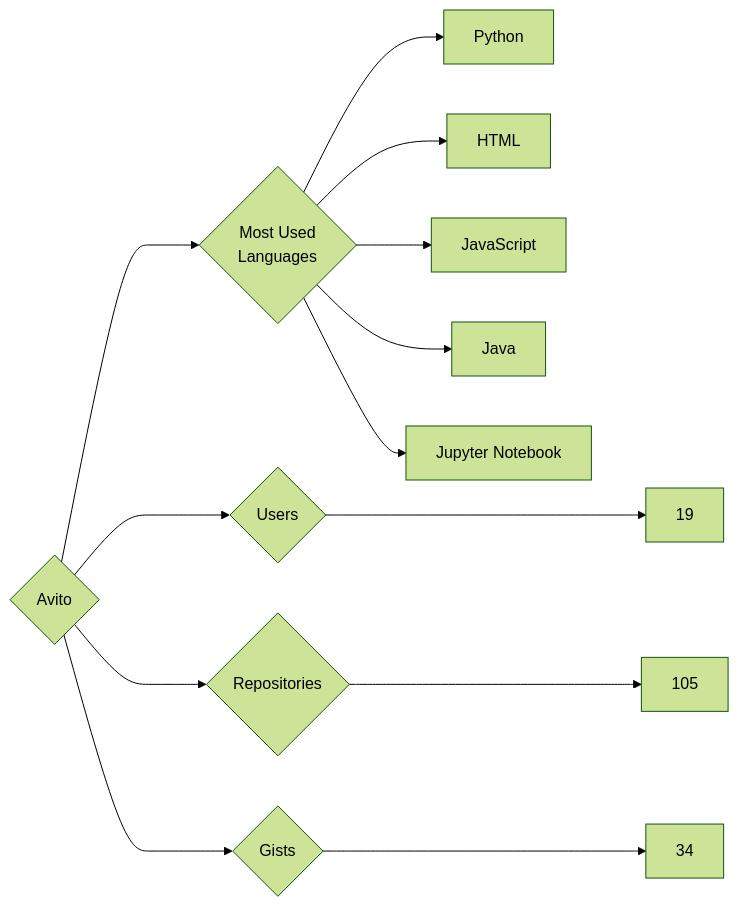
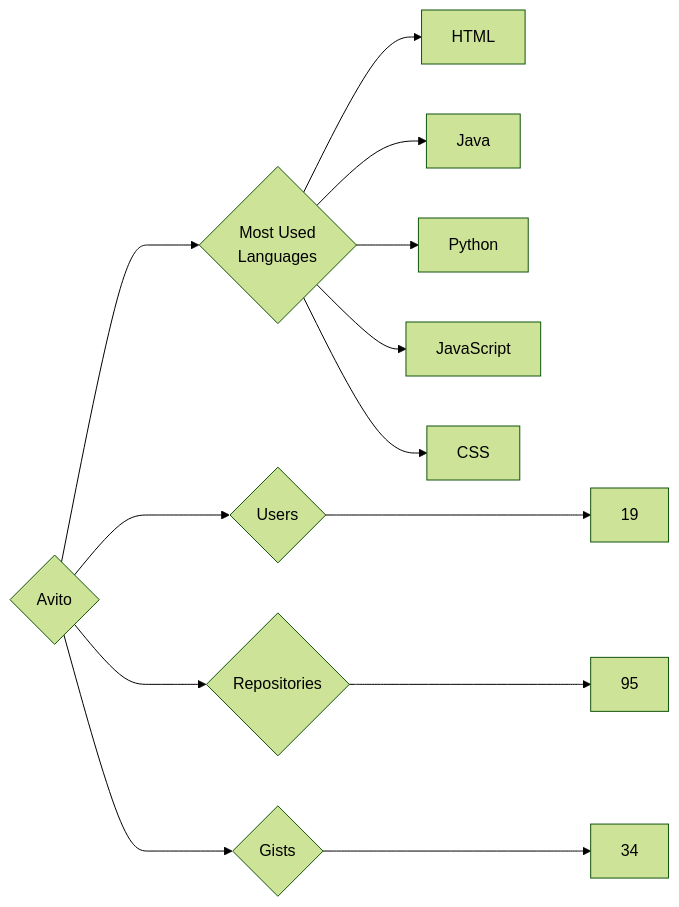
One commit to trickest/insiders changed the diagram in targets/Avito/README.md. Above: the diagram before and after it, drawn with Mermaid (forest theme). The commit also changed 750 other files, not shown here.

````diff
--- a/targets/Avito/README.md
+++ b/targets/Avito/README.md
@@ -3,13 +3,13 @@
 ```mermaid
 graph LR
 COMPANY_NAME{Avito}
 COMPANY_NAME ---> U{Users} ---> UN[19]
-COMPANY_NAME ---> R{Repositories} ---> RN[105]
+COMPANY_NAME ---> R{Repositories} ---> RN[95]
 COMPANY_NAME ---> G{Gists} ---> GN[34]
 COMPANY_NAME ---> ML{Most Used<br>Languages}
+ML --> HTML[HTML]
+ML --> Java[Java]
 ML --> Python[Python]
-ML --> HTML[HTML]
 ML --> JavaScript[JavaScript]
-ML --> Java[Java]
-ML --> Jupyter_Notebook[Jupyter Notebook]
+ML --> CSS[CSS]
 ```
````
